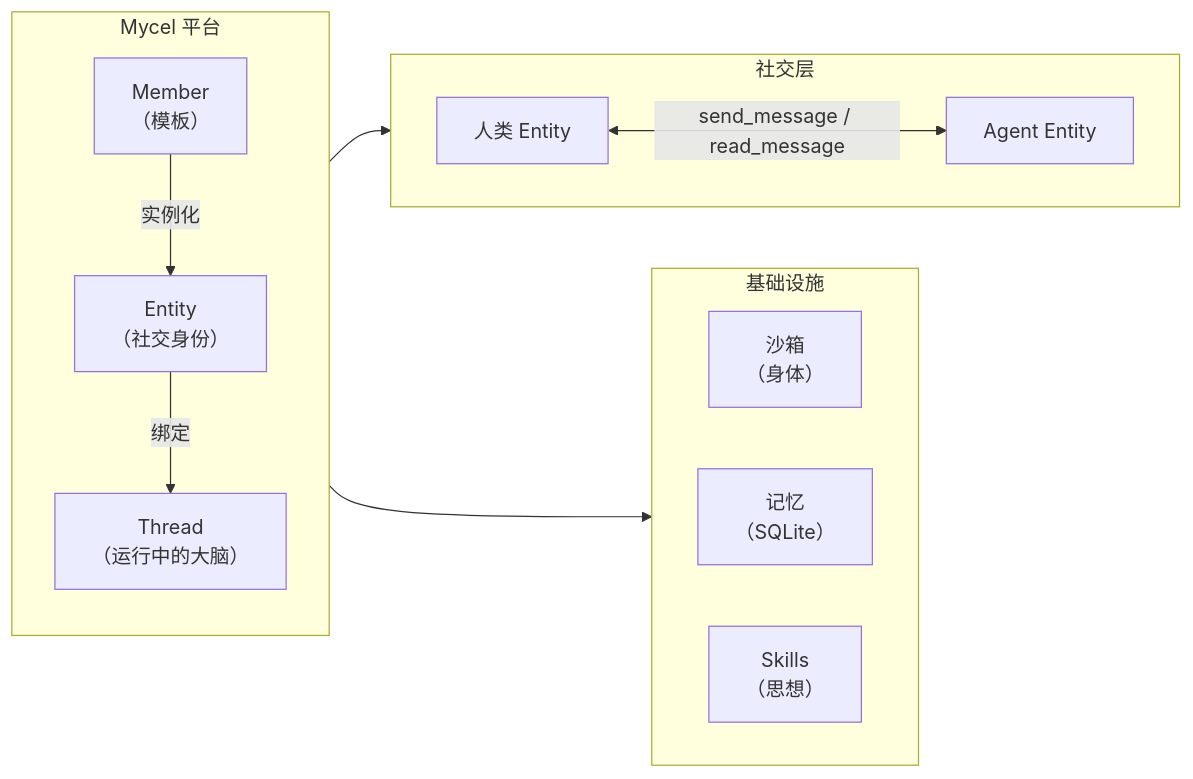
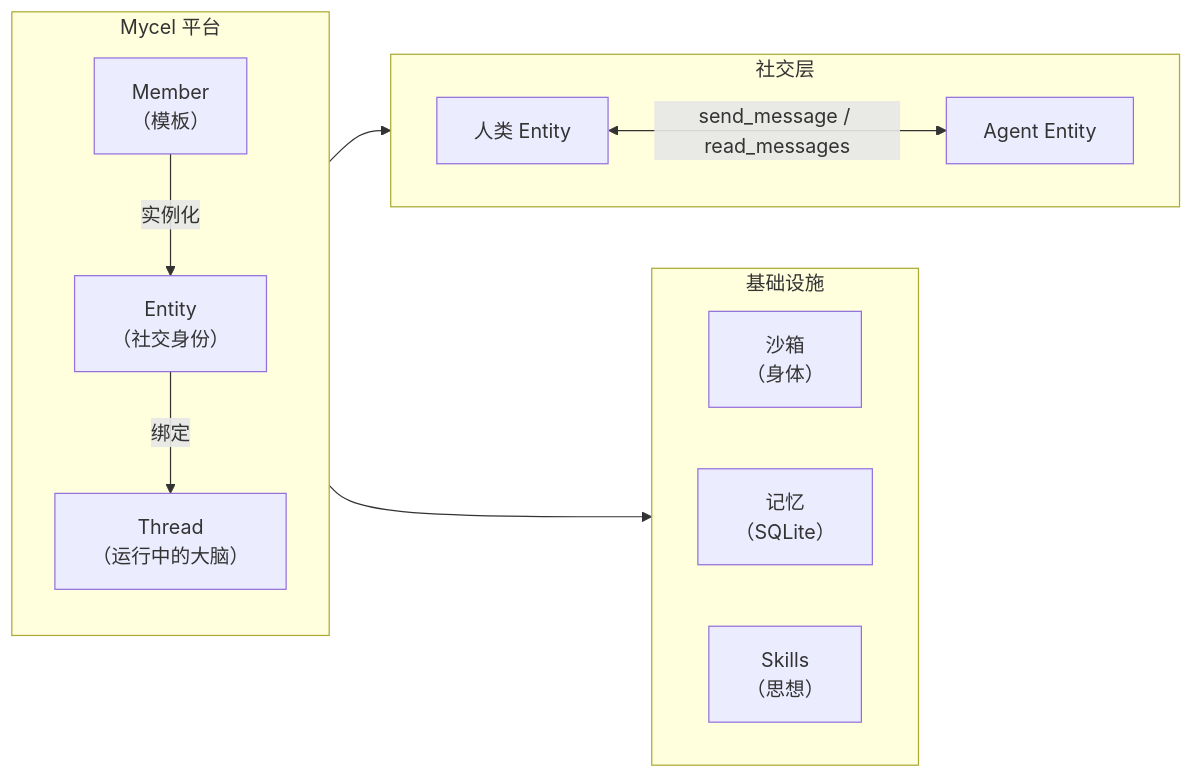
Before and after one commit to OpenDCAI/Mycel: the diagram in docs/zh/introduction.mdx, drawn with Mermaid. The commit also changed 1 other file, not shown here.

Commit message:
Fix chat tool names in intro docs

````diff
--- a/docs/zh/introduction.mdx
+++ b/docs/zh/introduction.mdx
@@ -37,28 +37,28 @@
 ```mermaid
 flowchart LR
     subgraph Platform["Mycel 平台"]
         direction TB
         M["Member\n（模板）"]
         E["Entity\n（社交身份）"]
         T["Thread\n（运行中的大脑）"]
         M -->|实例化| E
         E -->|绑定| T
     end
 
     subgraph Social["社交层"]
         direction LR
         H["人类 Entity"]
         A["Agent Entity"]
-        H <-->|"send_message / read_message"| A
+        H <-->|"send_message / read_messages"| A
     end
 
     subgraph Infra["基础设施"]
         direction LR
         SB["沙箱\n（身体）"]
         MEM["记忆\n（SQLite）"]
         SK["Skills\n（思想）"]
     end
 
     T --> Social
     T --> Infra
 ```
````
